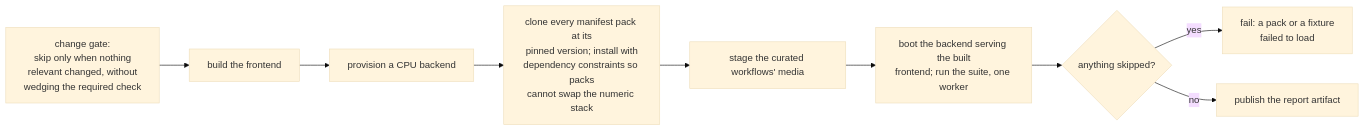
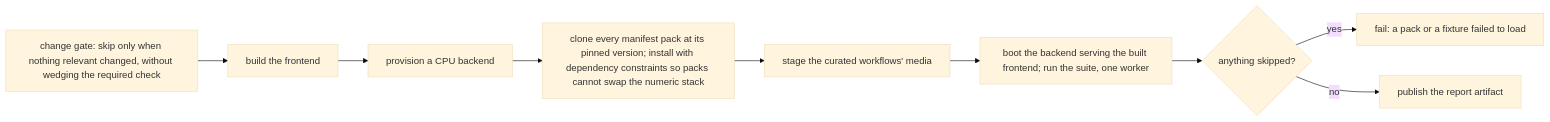
Before and after one commit to Comfy-Org/ComfyUI_frontend: the ninth of 9 diagrams in browser_tests/tests/customNodes/ARCHITECTURE.md, drawn with Mermaid (base theme). The commit also changed other lines of this file and 2 other files, not shown here.

First line of the commit message:
docs(custom-nodes): regression-suite title, tier gating truth, verified stack claims

````diff
--- a/browser_tests/tests/customNodes/ARCHITECTURE.md
+++ b/browser_tests/tests/customNodes/ARCHITECTURE.md
@@ -616,11 +630,12 @@
 ```mermaid
+%%{init: {"flowchart": {"wrappingWidth": 260}}}%%
 flowchart LR
-    CH["change gate:<br/>skip only when nothing<br/>relevant changed, without<br/>wedging the required check"] --> BUILD["build the frontend"]
+    CH["change gate: skip only when nothing relevant changed, without wedging the required check"] --> BUILD["build the frontend"]
     BUILD --> ENV["provision a CPU backend"]
-    ENV --> INST["clone every manifest pack at its<br/>pinned version; install with<br/>dependency constraints so packs<br/>cannot swap the numeric stack"]
+    ENV --> INST["clone every manifest pack at its pinned version; install with dependency constraints so packs cannot swap the numeric stack"]
     INST --> ASSET["stage the curated workflows' media"]
-    ASSET --> RUN["boot the backend serving the built<br/>frontend; run the suite, one worker"]
+    ASSET --> RUN["boot the backend serving the built frontend; run the suite, one worker"]
     RUN --> SKIP{"anything skipped?"}
-    SKIP -- yes --> RED["fail: a pack or a fixture<br/>failed to load"]
+    SKIP -- yes --> RED["fail: a pack or a fixture failed to load"]
     SKIP -- no --> ART["publish the report artifact"]
 ```
````
